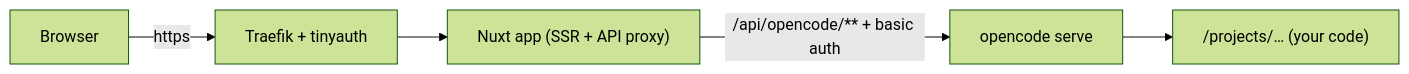
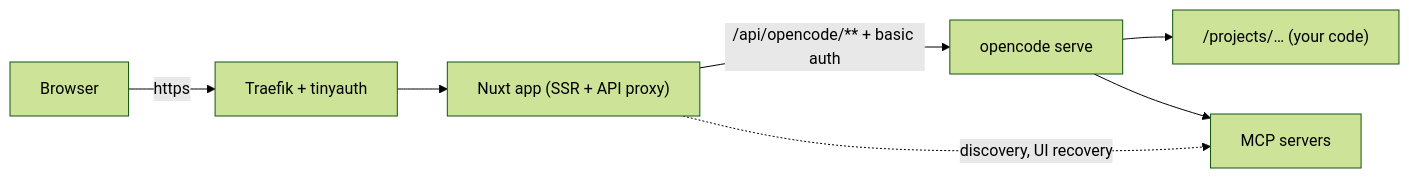
One commit to JuanmanDev/opencode-web changed the diagram in README.md. Above: the diagram before and after it, drawn with Mermaid (forest theme). The commit also changed other lines of this file and 4 other files, not shown here.

````diff
--- a/README.md
+++ b/README.md
@@ -107,7 +115,9 @@
 ```mermaid
 flowchart LR
     B[Browser] -->|https| T[Traefik + tinyauth]
     T --> W["Nuxt app (SSR + API proxy)"]
     W -->|"/api/opencode/** + basic auth"| O[opencode serve]
     O --> P["/projects/… (your code)"]
+    O --> M[MCP servers]
+    W -.->|discovery, UI recovery| M
 ```
````
